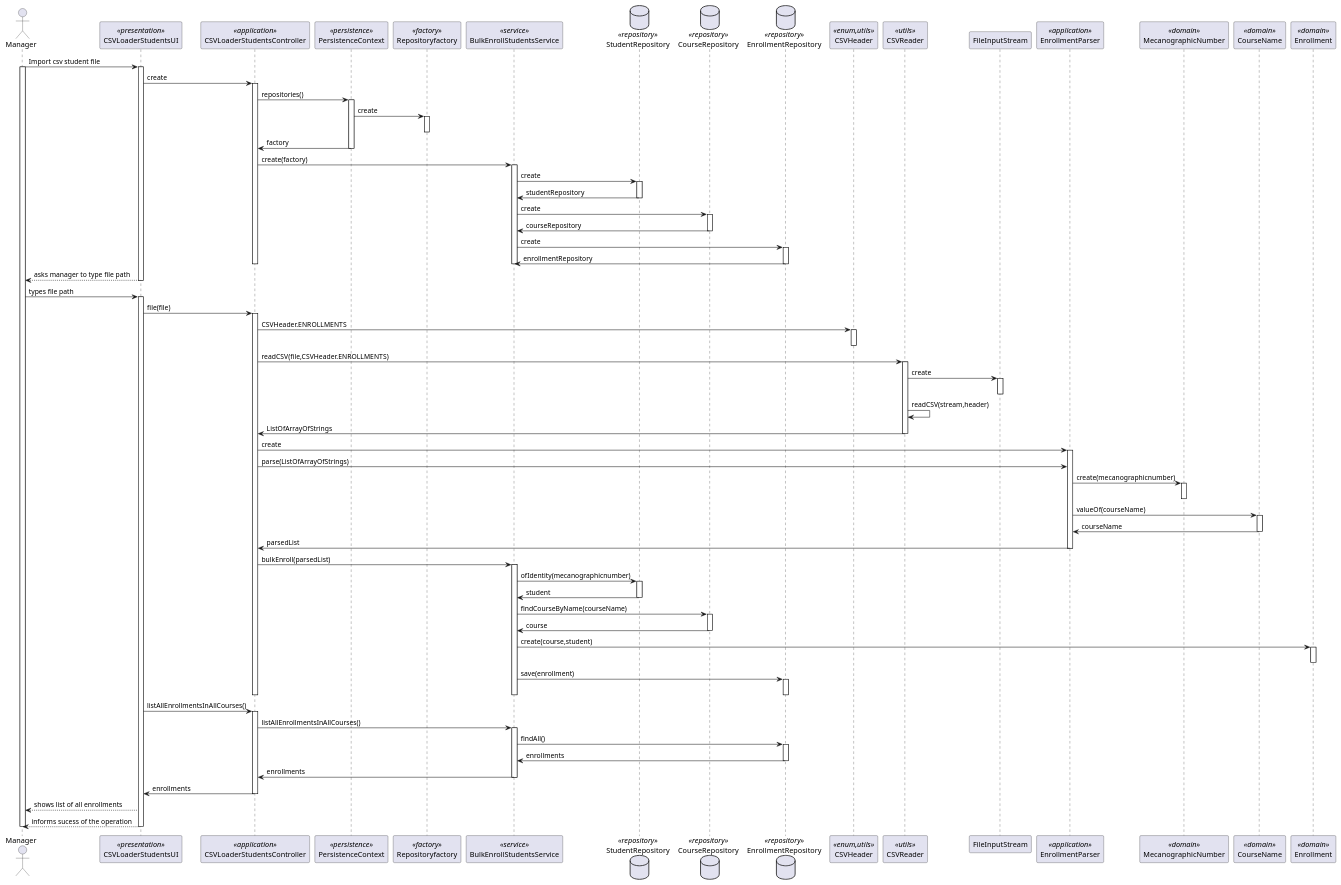
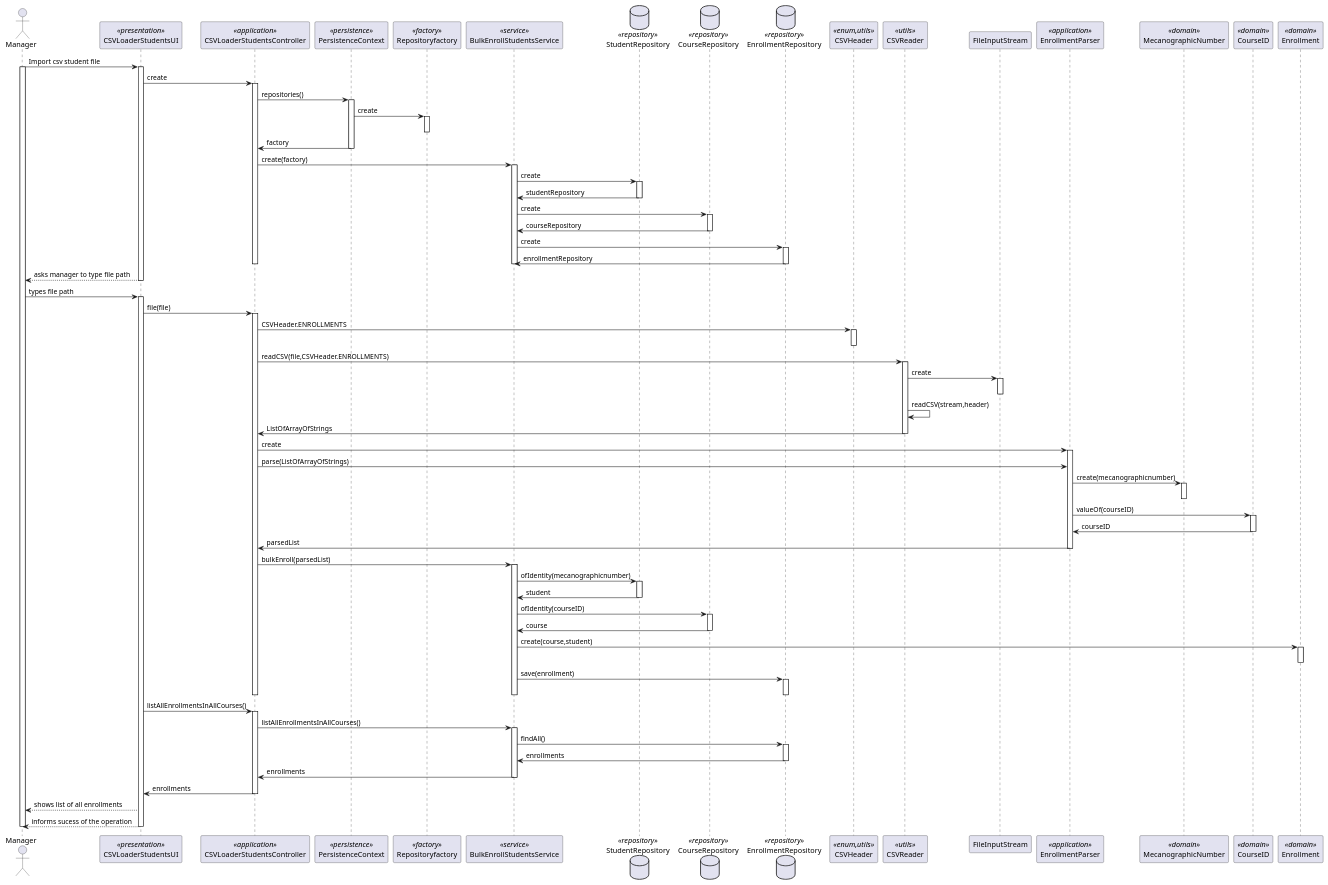
The diagram in docs/us_1007/importStudentsSD.puml (jovami/isep-lapr4), drawn with PlantUML before and after one commit. The commit also changed 52 other files, not shown here.

```diff
--- a/docs/us_1007/importStudentsSD.puml
+++ b/docs/us_1007/importStudentsSD.puml
@@ -1,132 +1,132 @@
 @startuml
 'http://plantuml.com/skinparam.html
 
 actor Manager as Actor
 participant CSVLoaderStudentsUI as UI <<presentation>>
 participant CSVLoaderStudentsController as controller <<application>>
 participant PersistenceContext as persistence <<persistence>>
 participant Repositoryfactory as factory <<factory>>
 participant BulkEnrollStudentsService as service <<service>>
 database StudentRepository as srepo <<repository>>
 database CourseRepository as crepo <<repository>>
 database EnrollmentRepository as erepo <<repository>>
 participant CSVHeader as csvheader <<enum,utils>>
 participant CSVReader as csvreader <<utils>>
 participant FileInputStream as fileinput
 participant EnrollmentParser as parser <<application>>
 participant MecanographicNumber as meca <<domain>>
-participant CourseName as courseName <<domain>>
+participant CourseID as courseID <<domain>>
 participant Enrollment as enroll <<domain>>
 
 
 
 Actor -> UI: Import csv student file
 activate Actor
 activate UI
     UI -> controller: create
     activate controller
         controller -> persistence : repositories()
         activate persistence
             persistence -> factory : create
             activate factory
             deactivate factory
             persistence -> controller : factory
         deactivate persistence
 
 
         controller -> service : create(factory)
         activate service
             service -> srepo : create
                 activate srepo
                     srepo ->service : studentRepository
                 deactivate srepo
             service -> crepo : create
                 activate crepo
                     crepo ->service : courseRepository
                 deactivate crepo
             service -> erepo : create
                 activate erepo
                     erepo ->service : enrollmentRepository
                 deactivate erepo
         deactivate service
     deactivate controller
     UI --> Actor : asks manager to type file path
 deactivate UI
     Actor -> UI : types file path
 activate UI
     UI -> controller: file(file)
     activate controller
         controller -> csvheader : CSVHeader.ENROLLMENTS
         activate csvheader
         deactivate csvheader
         controller -> csvreader : readCSV(file,CSVHeader.ENROLLMENTS)
         activate csvreader
             csvreader -> fileinput : create
             activate fileinput
             deactivate fileinput
 
             csvreader -> csvreader : readCSV(stream,header)
             csvreader -> controller : ListOfArrayOfStrings
 
         deactivate csvreader
 
         controller -> parser : create
         activate parser
 
         controller ->parser : parse(ListOfArrayOfStrings)
 
             parser -> meca : create(mecanographicnumber)
             activate meca
             deactivate meca
-            parser -> courseName : valueOf(courseName)
-            activate courseName
-            courseName -> parser : courseName
-            deactivate courseName
+            parser -> courseID : valueOf(courseID)
+            activate courseID
+            courseID -> parser : courseID
+            deactivate courseID
             parser -> controller : parsedList
 
         deactivate parser
 
         controller -> service : bulkEnroll(parsedList)
         activate service
 
             service -> srepo : ofIdentity(mecanographicnumber)
             activate srepo
                 srepo -> service : student
             deactivate srepo
 
-            service -> crepo : findCourseByName(courseName)
+            service -> crepo : ofIdentity(courseID)
             activate crepo
                  crepo -> service : course
             deactivate crepo
 
             service -> enroll : create(course,student)
             activate enroll
             deactivate enroll
 
             service -> erepo : save(enrollment)
             activate erepo
             deactivate erepo
         deactivate service
 
 
 
     deactivate controller
 
     UI -> controller :listAllEnrollmentsInAllCourses()
     activate controller
         controller -> service :listAllEnrollmentsInAllCourses()
         activate service
             service -> erepo : findAll()
             activate erepo
                 erepo -> service : enrollments
             deactivate erepo
             service -> controller :enrollments
         deactivate service
         controller -> UI : enrollments
     deactivate controller
 
     UI --> Actor : shows list of all enrollments
     UI --> Actor : informs sucess of the operation
 deactivate UI
 deactivate Actor
 @enduml
```
